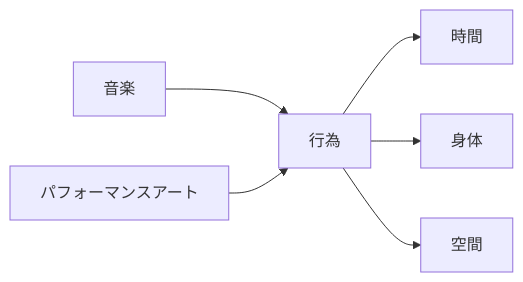
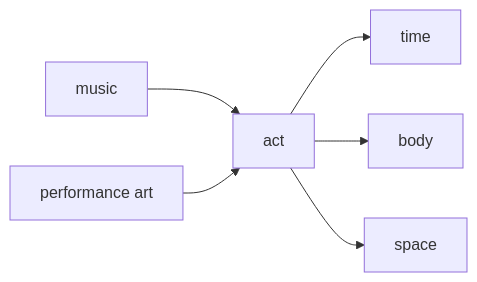
The third of 3 diagrams in en/_posts/2026-02-06-column-performance-art-music.md (monumental-movement/monumental-movement.github.io), drawn with Mermaid before and after one commit. The commit also changed other lines of this file and 801 other files, not shown here.

```diff
--- a/en/_posts/2026-02-06-column-performance-art-music.md
+++ b/en/_posts/2026-02-06-column-performance-art-music.md
@@ -177,8 +178,8 @@
 <div class="mermaid">
 flowchart LR
-    A[音楽] --> C[行為]
-    B[パフォーマンスアート] --> C
-    C --> D[時間]
-    C --> E[身体]
-    C --> F[空間]
+    A[music] --> C[act]
+    B[performance art] --> C
+    C --> D[time]
+    C --> E[body]
+    C --> F[space]
 </div>
```
